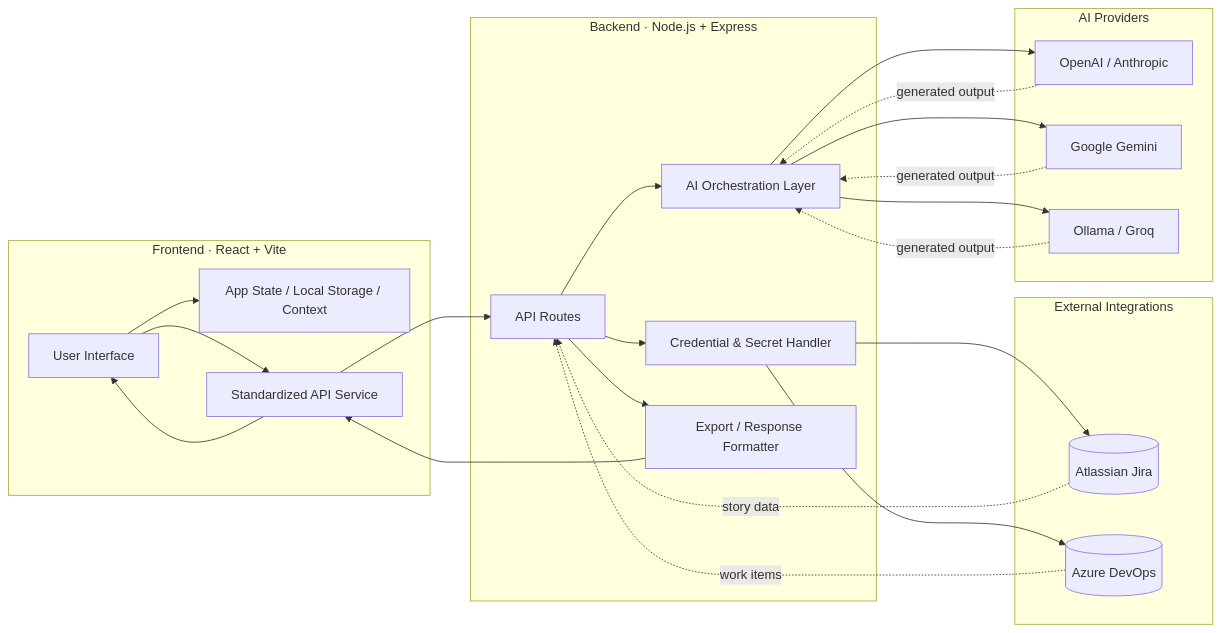
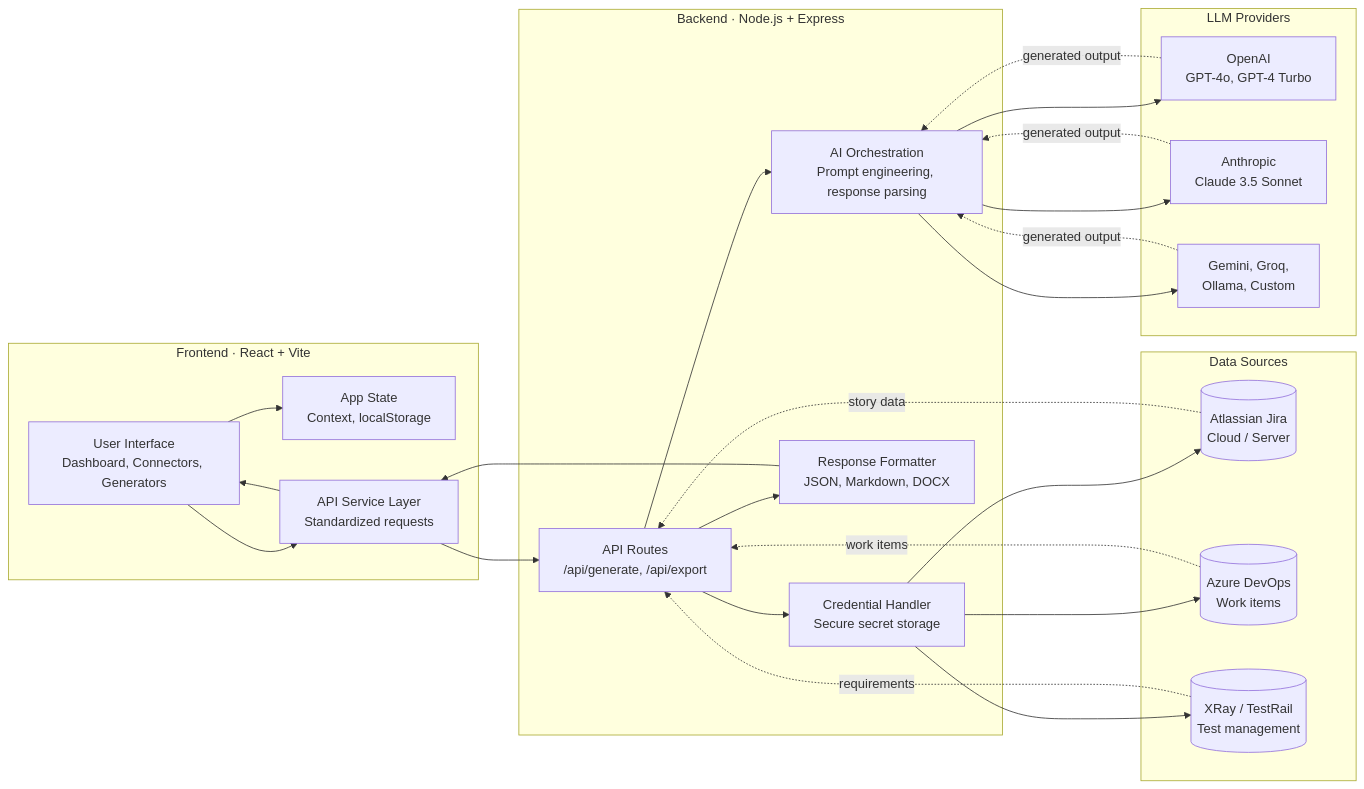
One commit to bappichok/AI_Test_Orchestrator changed the diagram in README.md. Above: the diagram before and after it, drawn with Mermaid. The commit also changed other lines of this file, not shown here.

Commit message:
docs: comprehensive README v2.0 - product-led rewrite with problem statement, user flows, examples, and roadmap

````diff
--- a/README.md
+++ b/README.md
@@ -66,50 +70,54 @@
 ```mermaid
-flowchart LR
+graph LR
     subgraph FE["Frontend · React + Vite"]
-        UI["User Interface"]
-        State["App State / Local Storage / Context"]
-        Client["Standardized API Service"]
+        UI["User Interface<br/>Dashboard, Connectors, Generators"]
+        State["App State<br/>Context, localStorage"]
+        Client["API Service Layer<br/>Standardized requests"]
     end
 
     subgraph BE["Backend · Node.js + Express"]
-        Routes["API Routes"]
-        Auth["Credential & Secret Handler"]
-        Orch["AI Orchestration Layer"]
-        Export["Export / Response Formatter"]
+        Routes["API Routes<br/>/api/generate, /api/export"]
+        Auth["Credential Handler<br/>Secure secret storage"]
+        Orch["AI Orchestration<br/>Prompt engineering, response parsing"]
+        Export["Response Formatter<br/>JSON, Markdown, DOCX"]
     end
 
-    subgraph INT["External Integrations"]
-        Jira[("Atlassian Jira")]
-        ADO[("Azure DevOps")]
+    subgraph INT["Data Sources"]
+        Jira[("Atlassian Jira<br/>Cloud / Server")]
+        ADO[("Azure DevOps<br/>Work items")]
+        XRay[("XRay / TestRail<br/>Test management")]
     end
 
-    subgraph AI["AI Providers"]
-        OpenAI["OpenAI / Anthropic"]
-        Gemini["Google Gemini"]
-        Local["Ollama / Groq"]
+    subgraph AI["LLM Providers"]
+        OpenAI["OpenAI<br/>GPT-4o, GPT-4 Turbo"]
+        Anthropic["Anthropic<br/>Claude 3.5 Sonnet"]
+        Other["Gemini, Groq,<br/>Ollama, Custom"]
     end
 
     UI --> State
     UI --> Client
     Client --> Routes
 
     Routes --> Auth
     Routes --> Orch
     Routes --> Export
 
     Auth --> Jira
     Auth --> ADO
+    Auth --> XRay
 
     Orch --> OpenAI
-    Orch --> Gemini
-    Orch --> Local
+    Orch --> Anthropic
+    Orch --> Other
 
-    Jira -. story data .-> Routes
-    ADO -. work items .-> Routes
-    OpenAI -. generated output .-> Orch
-    Gemini -. generated output .-> Orch
-    Local -. generated output .-> Orch
+    Jira -.->|story data| Routes
+    ADO -.->|work items| Routes
+    XRay -.->|requirements| Routes
+
+    OpenAI -.->|generated output| Orch
+    Anthropic -.->|generated output| Orch
+    Other -.->|generated output| Orch
 
     Export --> Client
     Client --> UI
 ```
````
